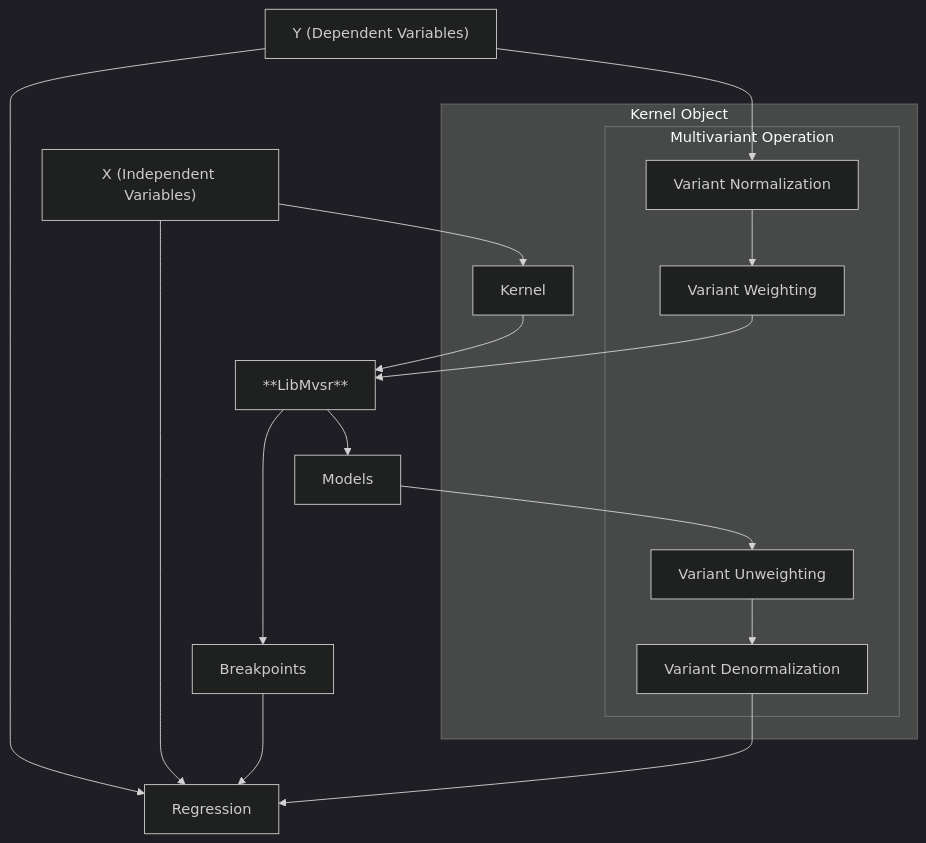
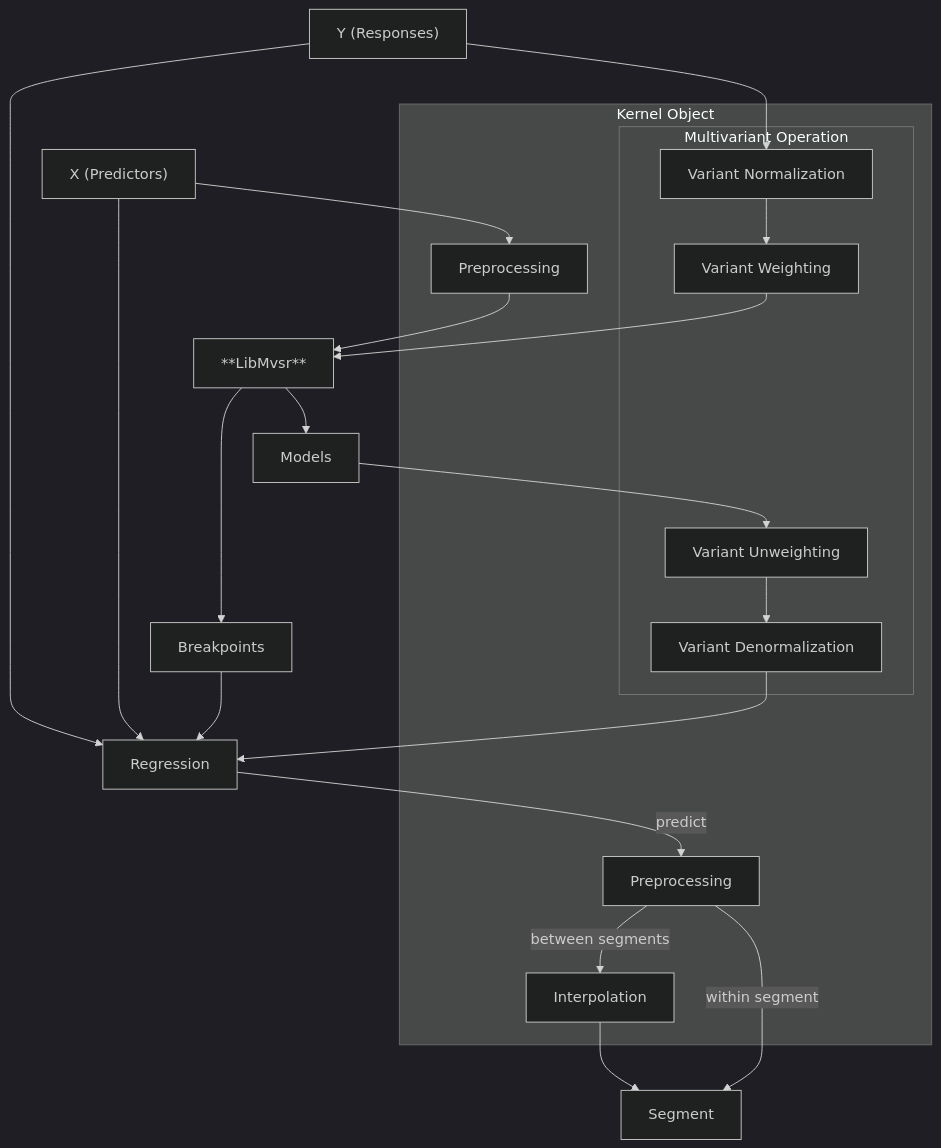
One commit to Loesgar/mvsr changed the diagram in lang/python/README.md. Above: the diagram before and after it, drawn with Mermaid (dark theme). The commit also changed other lines of this file, not shown here.

````diff
--- a/lang/python/README.md
+++ b/lang/python/README.md
@@ -19,20 +155,25 @@
 ```mermaid
 flowchart TD;
-    X["X (Independent Variables)"]-->Regression;
-    X-->Kernel[Kernel]-->LibMvsr["**LibMvsr**"];
-    Y["Y (Dependent Variables)"]-->Regression;
+    X["X (Predictors)"]-->Regression;
+    X-->Preprocessing-->LibMvsr["**LibMvsr**"];
+    Y["Y (Responses)"]-->Regression;
 
     Y-->YNorm;
     subgraph KO["Kernel Object"];
     subgraph MV["Multivariant Operation"];
     YNorm[Variant Normalization]-->YWeighting["Variant Weighting"];
     Unweighting["Variant Unweighting"]-->Denorm["Variant Denormalization"];
     end
-    Kernel;
+    Preprocessing;
+    Preprocessing2["Preprocessing"];
+    Interpolation;
     end
 
     LibMvsr-->Breakpoints-->Regression;
     LibMvsr-->Models-->Unweighting;
     Denorm-->Regression;
     YWeighting-->LibMvsr;
+
+    Regression-->|predict| Preprocessing2-->|between segments| Interpolation-->Segment;
+    Preprocessing2-->|within segment| Segment;
 ```
````
